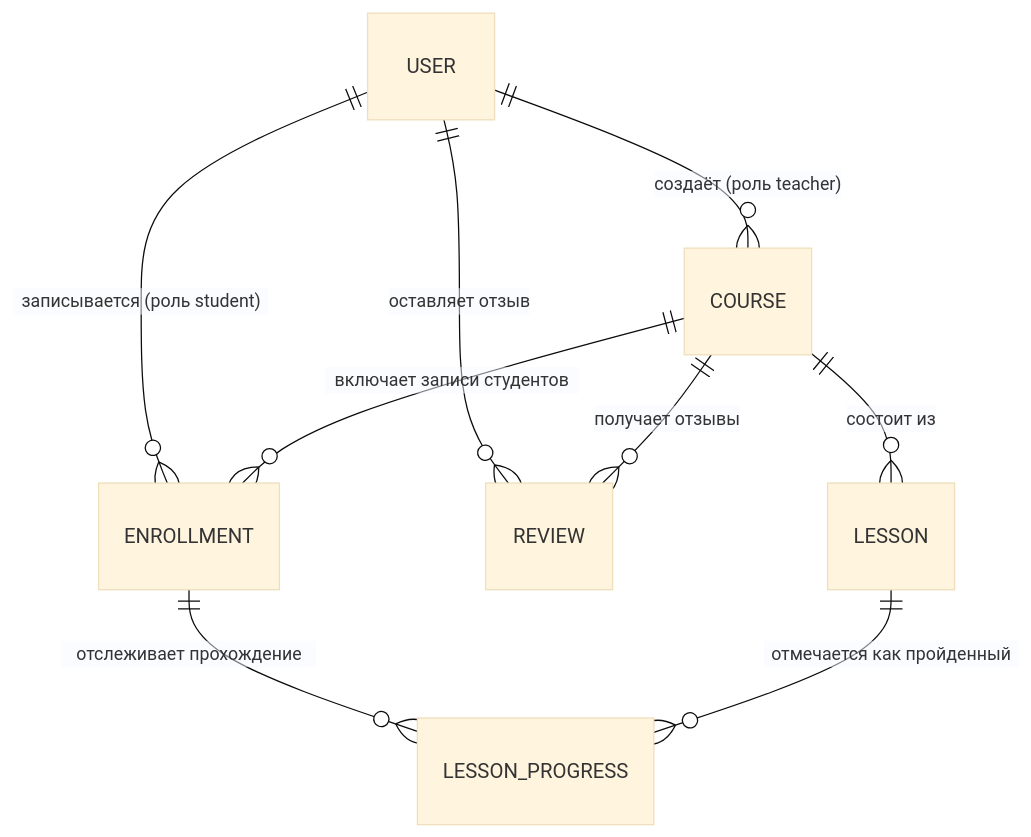
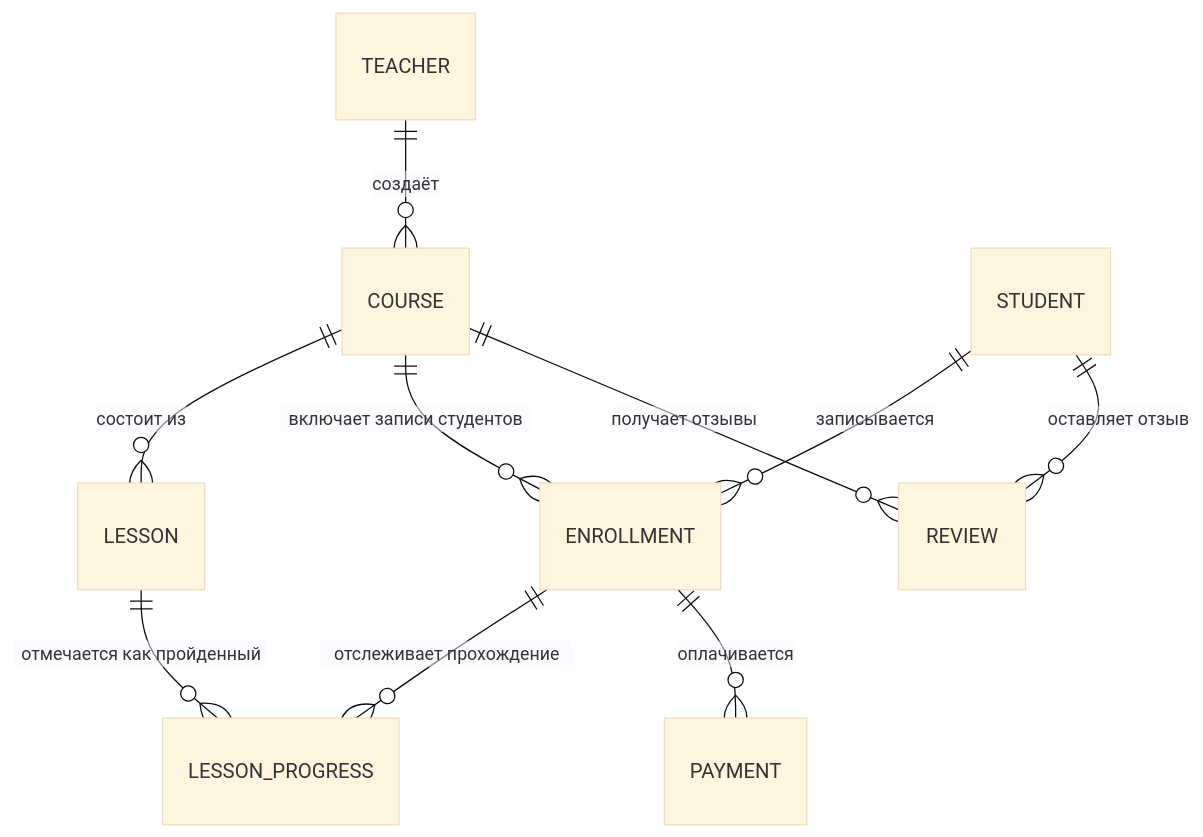
The first of 2 diagrams in hw1/README.md (Liwone6/databases_2026), drawn with Mermaid (base theme) before and after one commit. The commit also changed other lines of this file and 1 other file, not shown here.

Commit message:
fix: разделил User на Teacher/Student, добавил Payment (история оплат)

````diff
--- a/hw1/README.md
+++ b/hw1/README.md
@@ -46,11 +61,12 @@
 ```mermaid
 erDiagram
-    USER ||--o{ COURSE        : "создаёт (роль teacher)"
-    USER ||--o{ ENROLLMENT    : "записывается (роль student)"
-    USER ||--o{ REVIEW        : "оставляет отзыв"
-    COURSE ||--o{ LESSON      : "состоит из"
-    COURSE ||--o{ ENROLLMENT  : "включает записи студентов"
-    COURSE ||--o{ REVIEW      : "получает отзывы"
+    TEACHER ||--o{ COURSE        : "создаёт"
+    STUDENT ||--o{ ENROLLMENT    : "записывается"
+    STUDENT ||--o{ REVIEW        : "оставляет отзыв"
+    COURSE ||--o{ LESSON         : "состоит из"
+    COURSE ||--o{ ENROLLMENT     : "включает записи студентов"
+    COURSE ||--o{ REVIEW         : "получает отзывы"
     ENROLLMENT ||--o{ LESSON_PROGRESS : "отслеживает прохождение"
     LESSON ||--o{ LESSON_PROGRESS     : "отмечается как пройденный"
+    ENROLLMENT ||--o{ PAYMENT    : "оплачивается"
 ```
````
